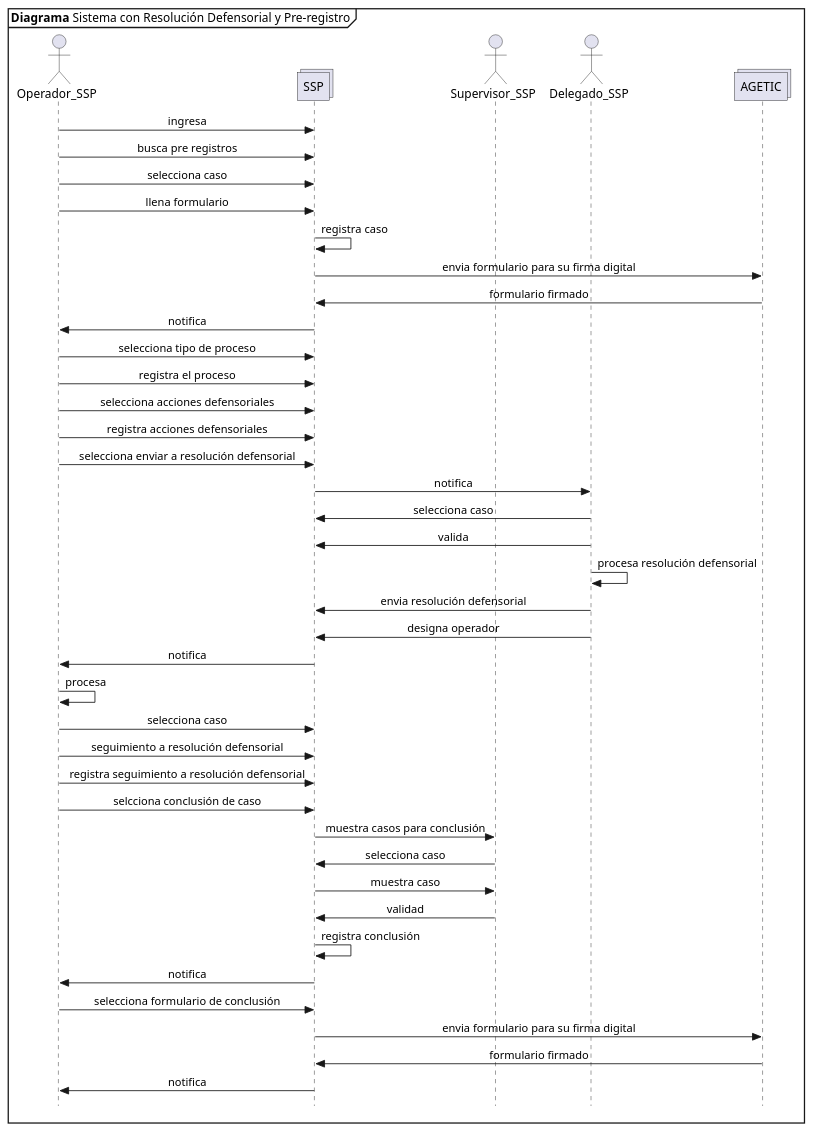
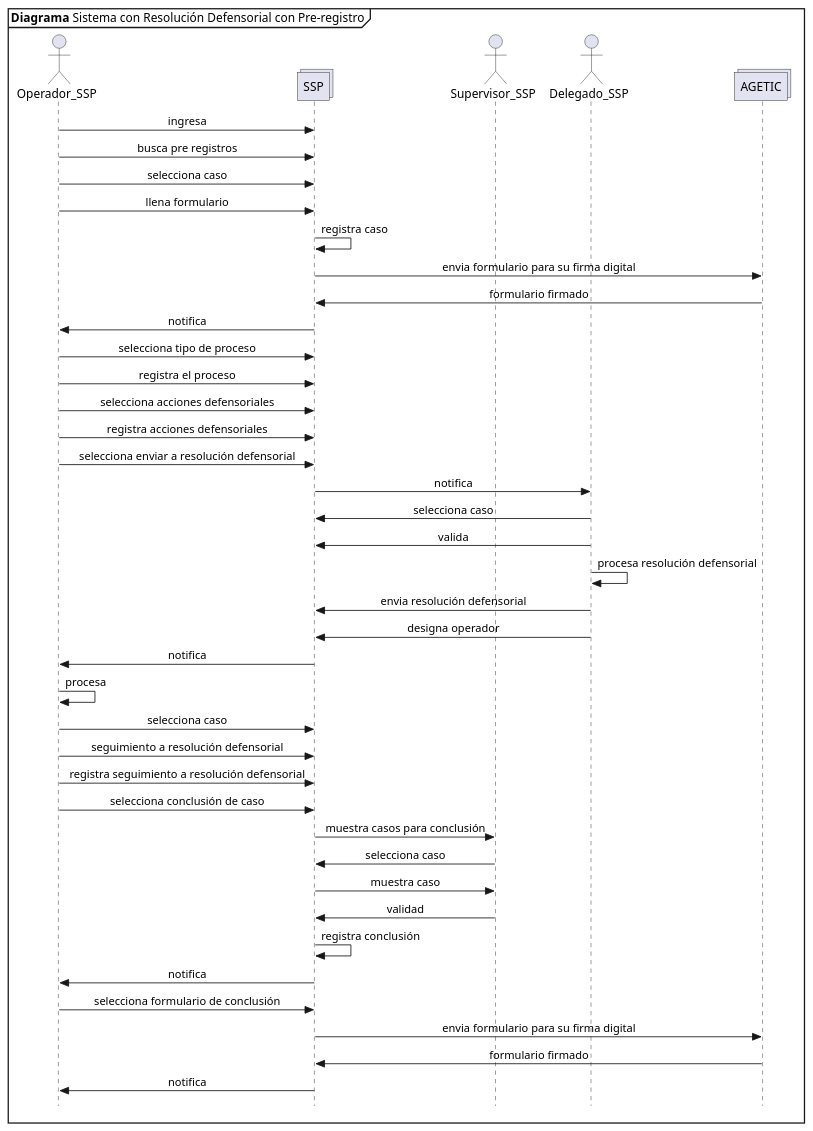
One commit to n1m0d0/defdiag changed the diagram in propuesta SSP/08_1 registro de caso con resolucion defensorial con pre registro.plantuml. Above: the diagram before and after it, drawn with PlantUML. The commit also changed 7 other files, not shown here.

```diff
--- a/propuesta SSP/08_1 registro de caso con resolucion defensorial con pre registro.plantuml
+++ b/propuesta SSP/08_1 registro de caso con resolucion defensorial con pre registro.plantuml
@@ -1,49 +1,49 @@
 @startuml Diagrama_Sistema
 skinparam Style strictuml
 skinparam SequenceMessageAlignment center
 
-mainframe **Diagrama** Sistema con Resolución Defensorial y Pre-registro
+mainframe **Diagrama** Sistema con Resolución Defensorial con Pre-registro
 
 actor Operador_SSP as opssp
 collections SSP
 actor Supervisor_SSP as supssp
 actor Delegado_SSP as del
 collections AGETIC as agetic
 
 opssp->SSP: ingresa
 opssp->SSP: busca pre registros
 opssp->SSP: selecciona caso
 opssp->SSP: llena formulario
 SSP->SSP: registra caso
 SSP->agetic: envia formulario para su firma digital
 agetic->SSP: formulario firmado 
 SSP->opssp: notifica
 opssp->SSP: selecciona tipo de proceso
 opssp->SSP: registra el proceso
 opssp->SSP: selecciona acciones defensoriales
 opssp->SSP: registra acciones defensoriales
 opssp->SSP: selecciona enviar a resolución defensorial
 SSP->del: notifica
 del->SSP: selecciona caso
 del->SSP: valida
 del->del: procesa resolución defensorial
 del->SSP: envia resolución defensorial
 del->SSP: designa operador
 SSP->opssp: notifica
 opssp->opssp: procesa
 opssp->SSP: selecciona caso
 opssp->SSP: seguimiento a resolución defensorial
 opssp->SSP: registra seguimiento a resolución defensorial
-opssp->SSP: selcciona conclusión de caso
+opssp->SSP: selecciona conclusión de caso
 SSP->supssp: muestra casos para conclusión
 supssp->SSP: selecciona caso
 SSP->supssp: muestra caso
 supssp->SSP: validad
 SSP->SSP: registra conclusión
 SSP->opssp: notifica
 opssp->SSP: selecciona formulario de conclusión
 SSP->agetic: envia formulario para su firma digital
 agetic->SSP: formulario firmado
 SSP->opssp: notifica
 
 @enduml
```
